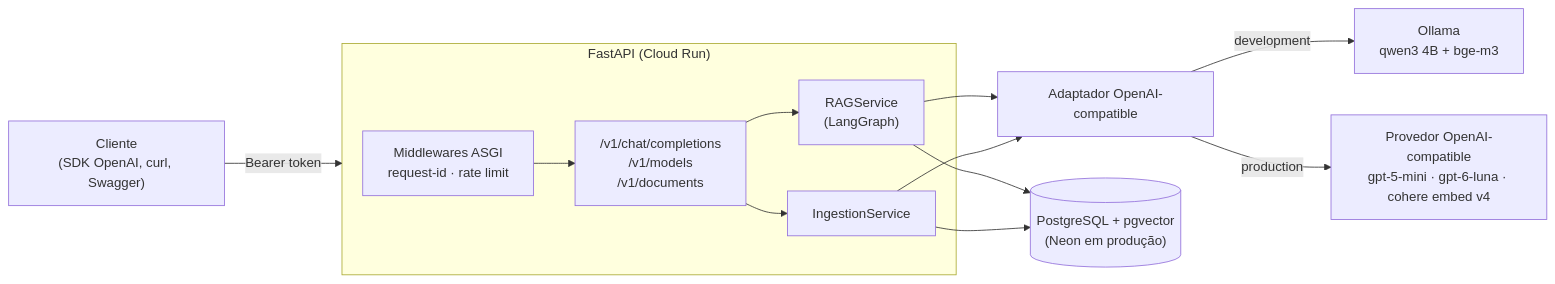
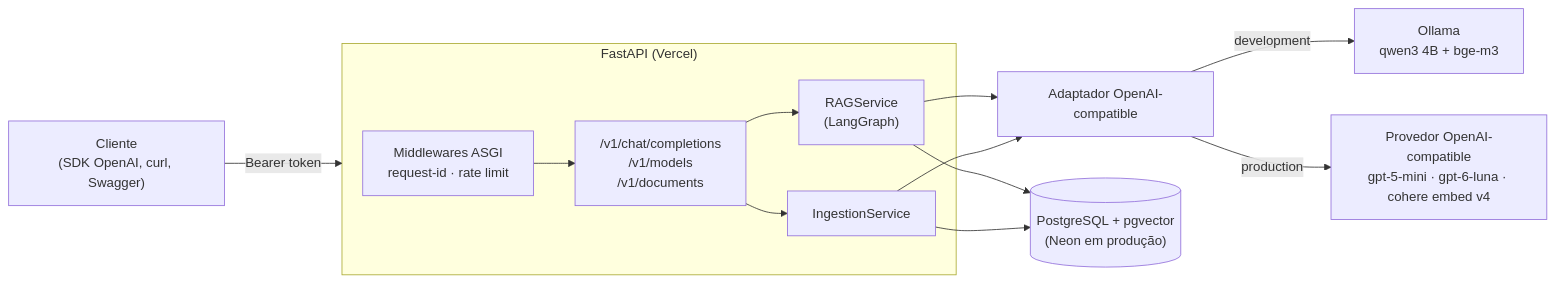
Before and after one commit to icarojobs/chatbot-api: the first of 3 diagrams in README.md, drawn with Mermaid. The commit also changed other lines of this file and 20 other files, not shown here.

First line of the commit message:
feat: deploy na Vercel + Neon (substitui o Cloud Run) (#25)

````diff
--- a/README.md
+++ b/README.md
@@ -43,17 +43,17 @@
 ```mermaid
 flowchart LR
     Client["Cliente<br/>(SDK OpenAI, curl, Swagger)"] -->|Bearer token| API
 
-    subgraph API["FastAPI (Cloud Run)"]
+    subgraph API["FastAPI (Vercel)"]
         MW["Middlewares ASGI<br/>request-id · rate limit"] --> Routes
         Routes["/v1/chat/completions<br/>/v1/models<br/>/v1/documents"] --> RAG["RAGService<br/>(LangGraph)"]
         Routes --> Ingestion["IngestionService"]
     end
 
     RAG --> Provider["Adaptador OpenAI-compatible"]
     Ingestion --> Provider
     Provider -->|development| Ollama["Ollama<br/>qwen3 4B + bge-m3"]
     Provider -->|production| LLM["Provedor OpenAI-compatible<br/>gpt-5-mini · gpt-6-luna · cohere embed v4"]
     RAG --> DB[("PostgreSQL + pgvector<br/>(Neon em produção)")]
     Ingestion --> DB
 ```
````
